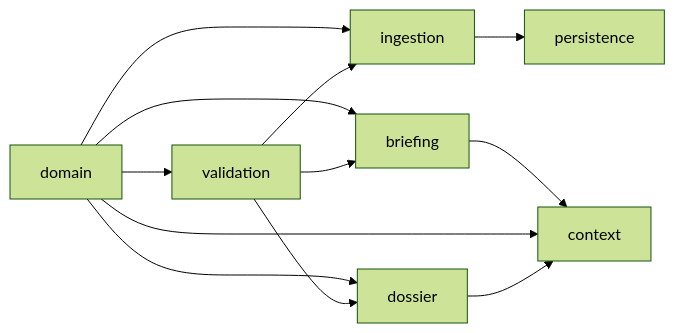
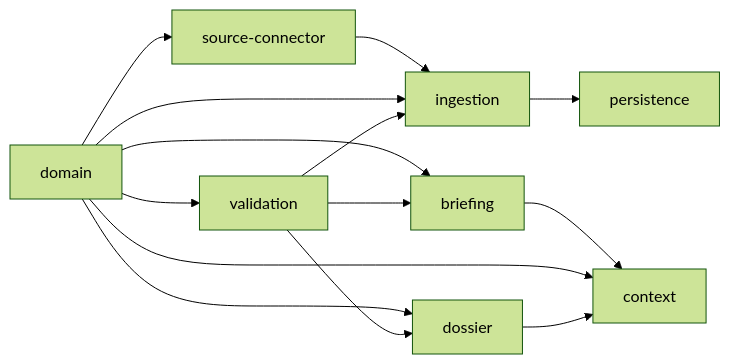
One commit to cooly12241113-glitch/world-news-ai changed the diagram in docs/architecture/System-Architecture-Baseline.md. Above: the diagram before and after it, drawn with Mermaid (forest theme). The commit also changed other lines of this file and 13 other files, not shown here.

Commit message:
feat: add universal source connector contracts

````diff
--- a/docs/architecture/System-Architecture-Baseline.md
+++ b/docs/architecture/System-Architecture-Baseline.md
@@ -29,14 +30,16 @@
 ```mermaid
 flowchart LR
   D["domain"] --> V["validation"]
+  D --> SC["source-connector"]
+  SC --> I["ingestion"]
   D --> I["ingestion"]
   V --> I
   I --> P["persistence"]
   D --> E["dossier"]
   V --> E
   D --> B["briefing"]
   V --> B
   B --> C["context"]
   D --> C
   E --> C
 ```
````
